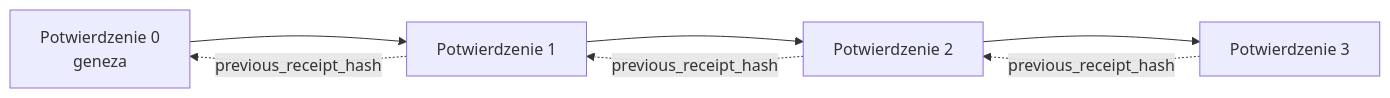
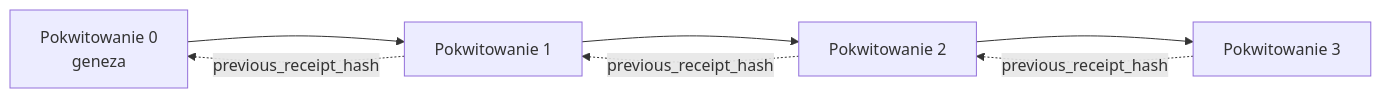
Before and after one commit to gabrielmoreira/agent-skills-mirror: the second of 2 diagrams in mirrors/repos/microsoft@ai-agents-for-beginners/translations/pl/18-securing-ai-agents/README.md, drawn with Mermaid. The commit also changed other lines of this file and 2285 other files, not shown here.

````diff
--- a/mirrors/repos/microsoft@ai-agents-for-beginners/translations/pl/18-securing-ai-agents/README.md
+++ b/mirrors/repos/microsoft@ai-agents-for-beginners/translations/pl/18-securing-ai-agents/README.md
@@ -206,9 +206,9 @@
 ```mermaid
 flowchart LR
-    R0[Potwierdzenie 0<br/>geneza] --> R1[Potwierdzenie 1]
-    R1 --> R2[Potwierdzenie 2]
-    R2 --> R3[Potwierdzenie 3]
+    R0[Pokwitowanie 0<br/>geneza] --> R1[Pokwitowanie 1]
+    R1 --> R2[Pokwitowanie 2]
+    R2 --> R3[Pokwitowanie 3]
     R1 -. previous_receipt_hash .-> R0
     R2 -. previous_receipt_hash .-> R1
     R3 -. previous_receipt_hash .-> R2
 ```
````
